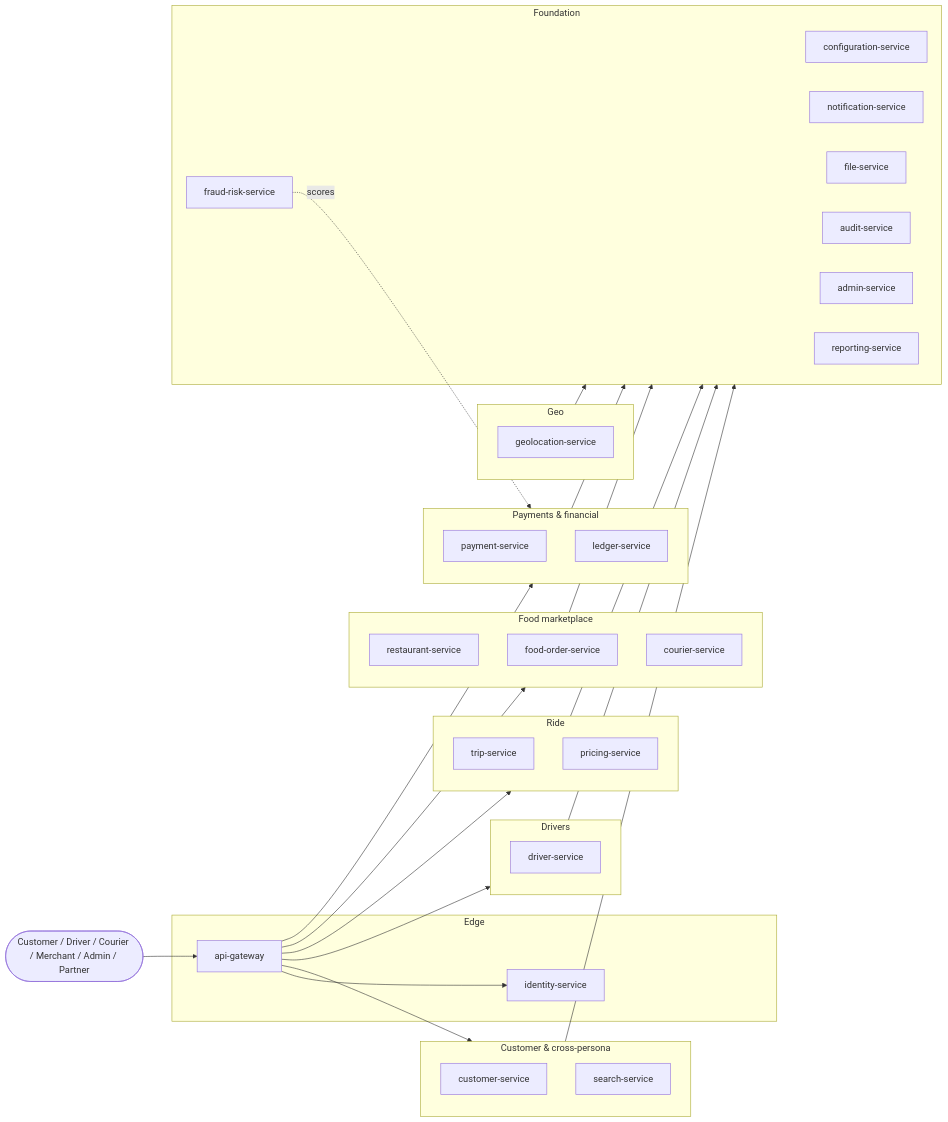
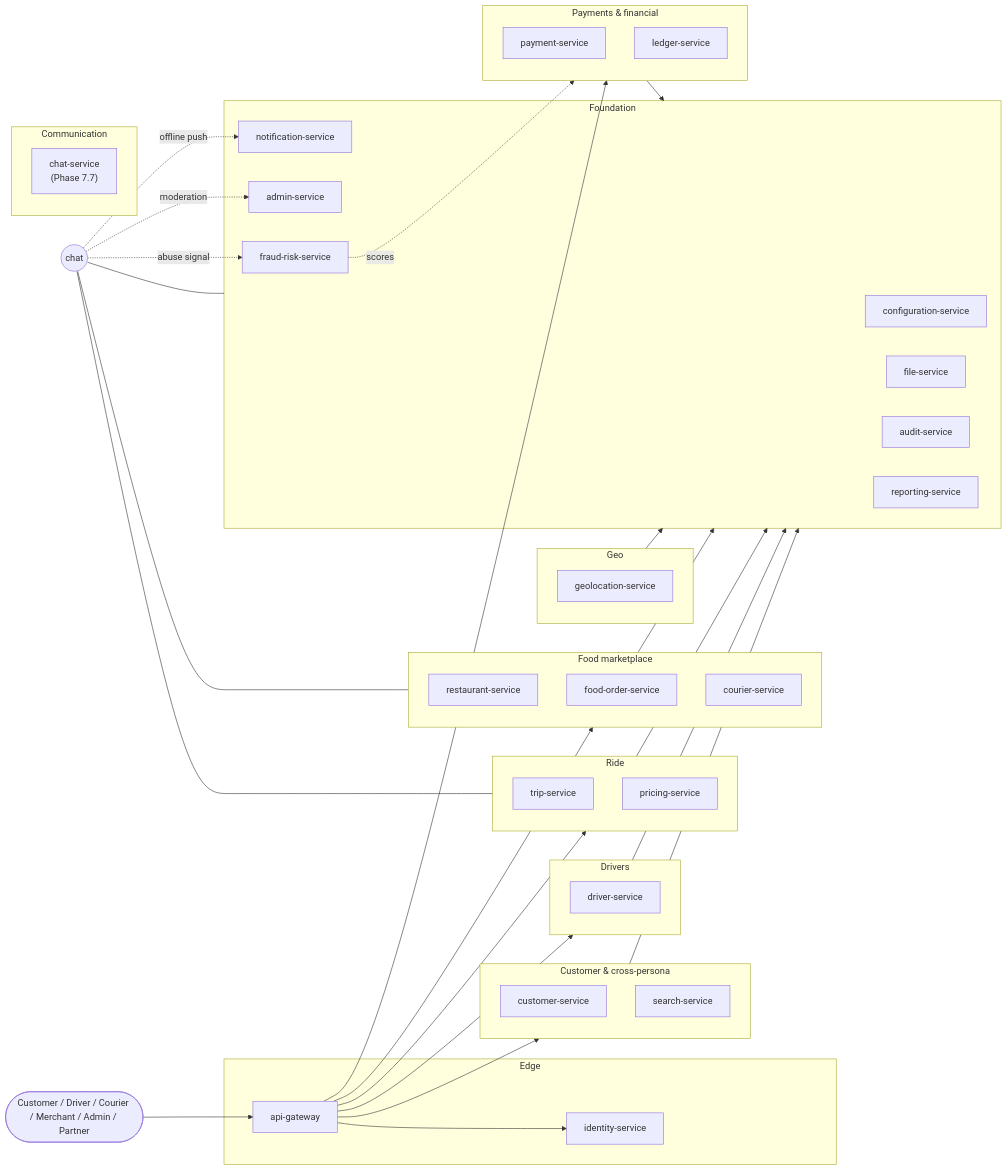
The diagram in docs/services/README.md (mohamedhabibwork/trips-enjoy-docs), drawn with Mermaid before and after one commit. The commit also changed other lines of this file and 201 other files, not shown here.

````diff
--- a/docs/services/README.md
+++ b/docs/services/README.md
@@ -63,57 +64,67 @@
 ```mermaid
 flowchart LR
   Client(["Customer / Driver / Courier / Merchant / Admin / Partner"])
 
   subgraph Edge
     gw["api-gateway"]
     id["identity-service"]
   end
 
   subgraph Foundation
     cfg["configuration-service"]
     notif["notification-service"]
     file["file-service"]
     audit["audit-service"]
     admin["admin-service"]
     reporting["reporting-service"]
     fr["fraud-risk-service"]
+  end
+
+  subgraph Communication["Communication"]
+    chat["chat-service<br/>(Phase 7.7)"]
   end
 
   subgraph Customer["Customer & cross-persona"]
     cust["customer-service"]
     srch["search-service"]
   end
 
   subgraph Drivers
     drv["driver-service"]
   end
 
   subgraph Ride["Ride"]
     trip["trip-service"]
     prc["pricing-service"]
   end
 
   subgraph Food["Food marketplace"]
     rest["restaurant-service"]
     fos["food-order-service"]
     cou["courier-service"]
   end
 
   subgraph Geo
     geo["geolocation-service"]
   end
 
   subgraph Money["Payments & financial"]
     pay["payment-service"]
     led["ledger-service"]
   end
 
   Client --> gw --> id
   gw --> Customer
   gw --> Drivers
   gw --> Ride
   gw --> Food
   gw --> Money
   Customer & Drivers & Ride & Food & Geo & Money --> Foundation
   fr -.scores.-> Money
+  Chat((chat)) --- Ride
+  Chat --- Food
+  Chat --- Foundation
+  Chat -.offline push.-> notif
+  Chat -.moderation.-> admin
+  Chat -.abuse signal.-> fr
 ```
````
